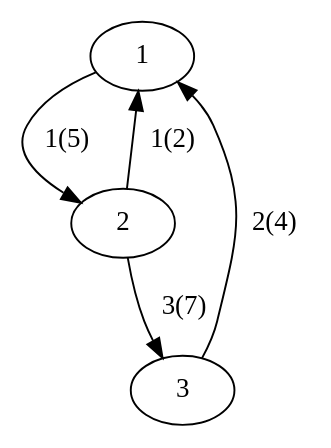
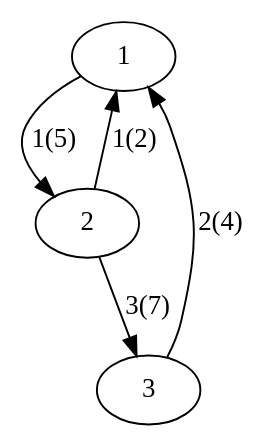
The third of 6 diagrams in doc/src/pgRouting-concepts.rst (pgRouting/pgrouting), drawn with Graphviz before and after one commit. The commit also changed other lines of this file and 9 other files, not shown here.

```diff
--- a/doc/src/pgRouting-concepts.rst
+++ b/doc/src/pgRouting-concepts.rst
@@ -219,8 +219,8 @@
 .. graphviz::
 
    digraph G {
-    1 -> 2 [label="  1(5)"];
-    2 -> 1 [label="  1(2)"];
-    3 -> 1 [label="  2(4)"];
-    2 -> 3 [label="  3(7)"];
+    1 -> 2 [label="1(5)"];
+    2 -> 1 [label="1(2)"];
+    3 -> 1 [label="2(4)"];
+    2 -> 3 [label="3(7)"];
    }
```
